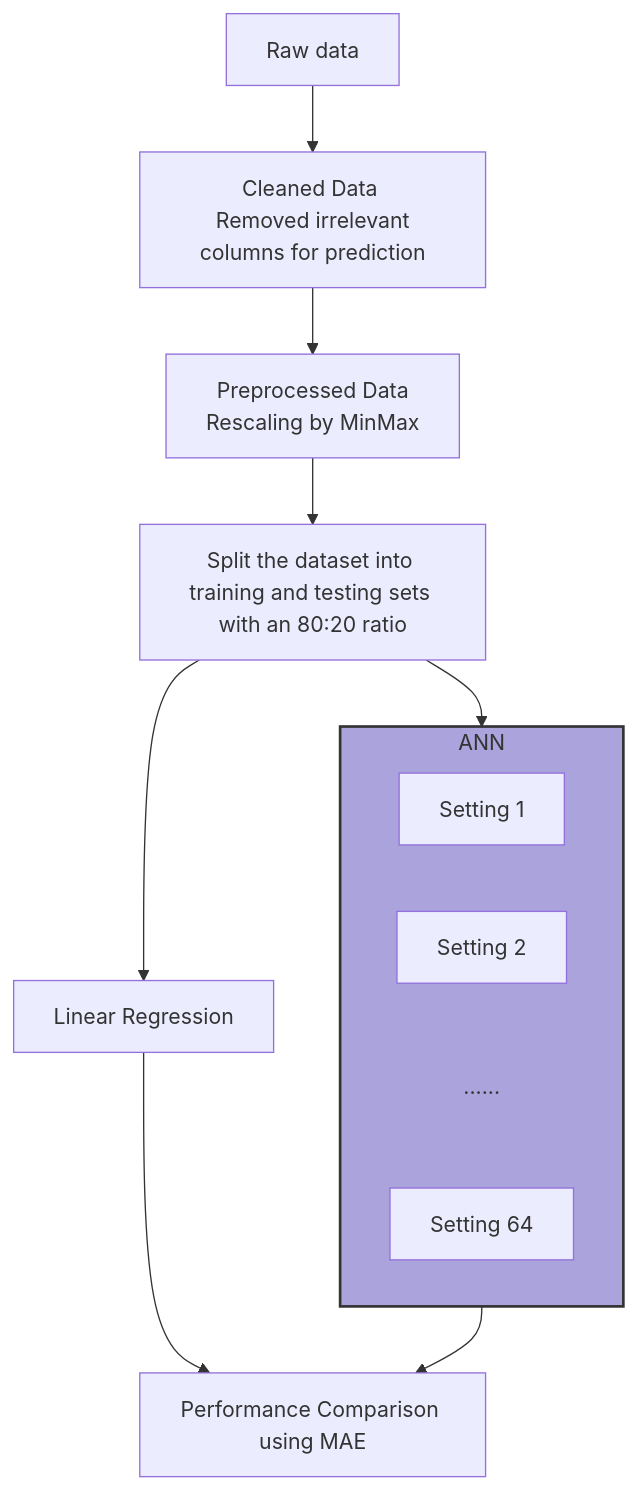
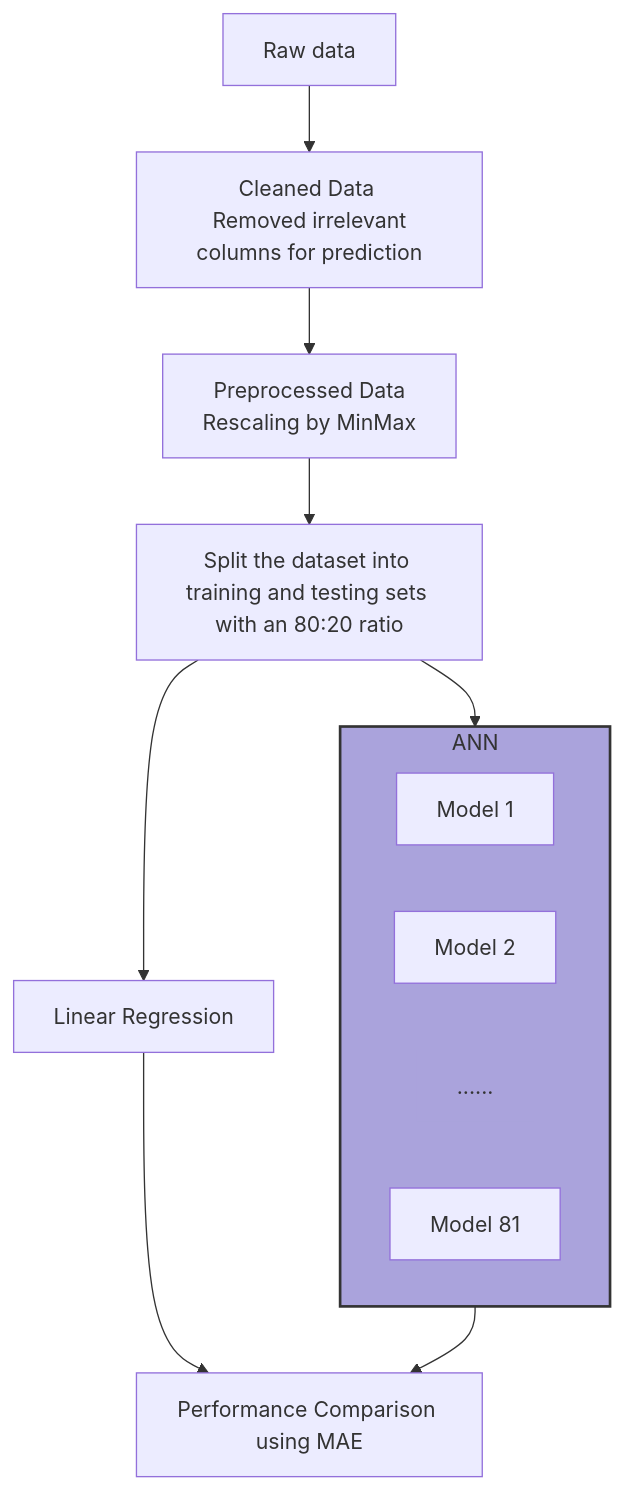
Before and after one commit to liam-hsieh/CS235: the diagram in project/manuscript/flowchart.md, drawn with Mermaid. The commit also changed 21 other files, not shown here.

````diff
--- a/project/manuscript/flowchart.md
+++ b/project/manuscript/flowchart.md
@@ -1,19 +1,19 @@
   ```mermaid
   flowchart  TD;
   S1[Raw data]-->S2[Cleaned Data \n Removed irrelevant columns for prediction] 
   S2-->S3[Preprocessed Data \n Rescaling by MinMax]
   S3-->S4[Split the dataset into training and testing sets with an 80:20 ratio]
   S4-->S5[Linear Regression]
   S4-->S6
   S5-->S7
   S6-->S7[Performance Comparison using MAE]
 
 subgraph S6[ANN]
   style S6 fill:#aaa3dc,stroke:#333,stroke-width:2px;
-  1[Setting 1]
-  2[Setting 2]
+  1[Model 1]
+  2[Model 2]
   3[......]
   style 3 fill:#aaa3dc,stroke:#333,stroke-width:0px;
-  4[Setting 64]
+  4[Model 81]
 end
   ```
````
